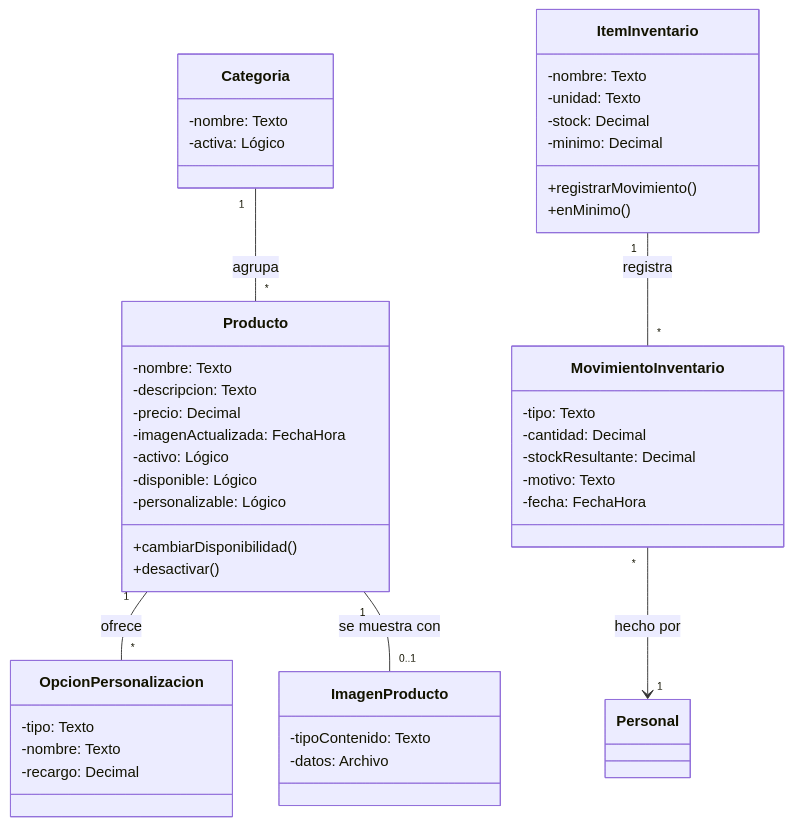
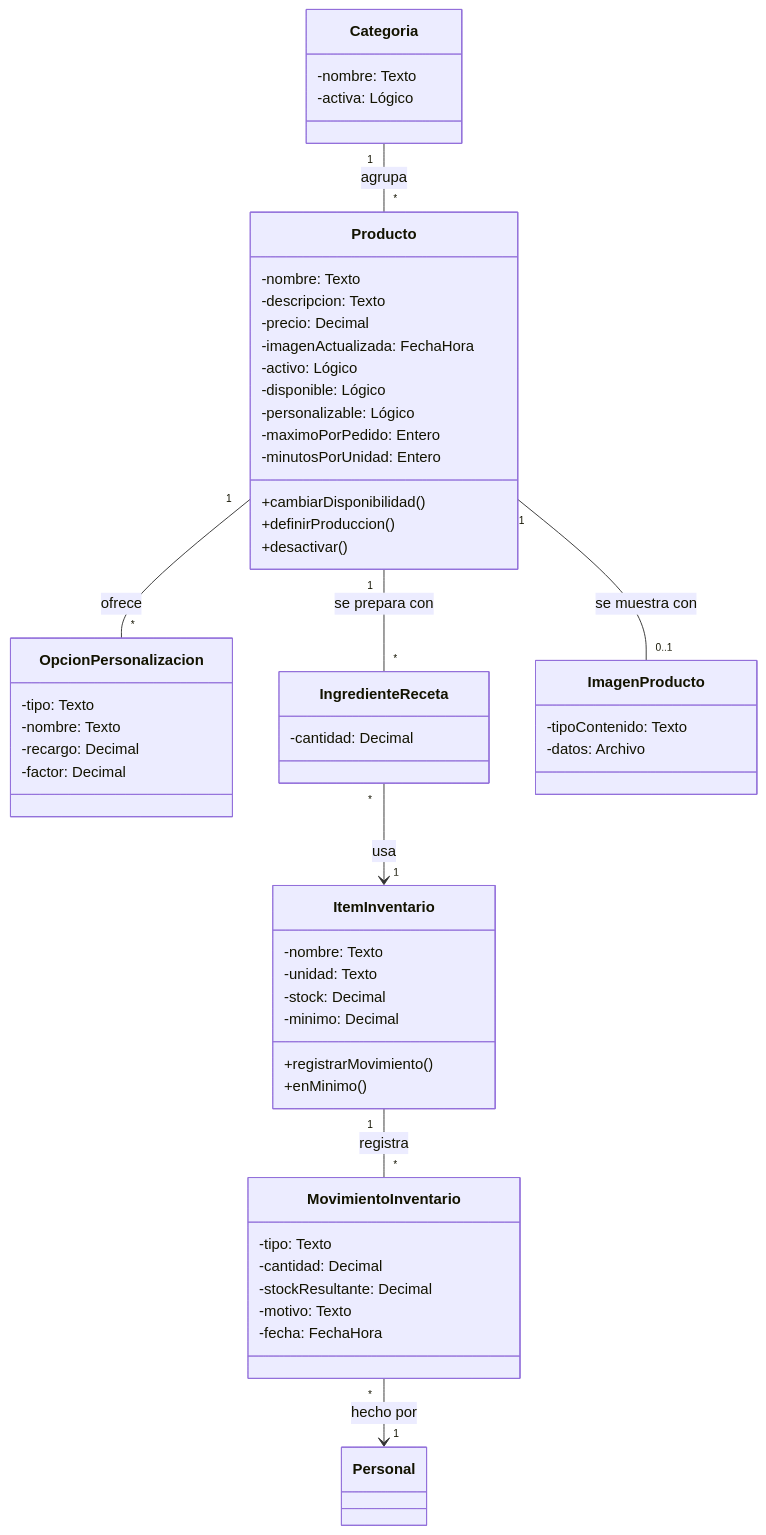
The fifth of 12 diagrams in docs/04-modelos-uml.md (Anton10-AR/DulcesAromas), drawn with Mermaid before and after one commit. The commit also changed other lines of this file and 37 other files, not shown here.

First line of the commit message:
Máximo de unidades por pedido y estimación de insumos y tiempo al verificar un pago (HU22, HU23, RN18, CU02, CU05, CU07, CU17, D12)

````diff
--- a/docs/04-modelos-uml.md
+++ b/docs/04-modelos-uml.md
@@ -204,48 +204,57 @@
 ```mermaid
 classDiagram
   class Categoria {
     -nombre: Texto
     -activa: Lógico
   }
   class Producto {
     -nombre: Texto
     -descripcion: Texto
     -precio: Decimal
     -imagenActualizada: FechaHora
     -activo: Lógico
     -disponible: Lógico
     -personalizable: Lógico
+    -maximoPorPedido: Entero
+    -minutosPorUnidad: Entero
     +cambiarDisponibilidad()
+    +definirProduccion()
     +desactivar()
   }
   class OpcionPersonalizacion {
     -tipo: Texto
     -nombre: Texto
     -recargo: Decimal
+    -factor: Decimal
+  }
+  class IngredienteReceta {
+    -cantidad: Decimal
   }
   class ImagenProducto {
     -tipoContenido: Texto
     -datos: Archivo
   }
   class ItemInventario {
     -nombre: Texto
     -unidad: Texto
     -stock: Decimal
     -minimo: Decimal
     +registrarMovimiento()
     +enMinimo()
   }
   class MovimientoInventario {
     -tipo: Texto
     -cantidad: Decimal
     -stockResultante: Decimal
     -motivo: Texto
     -fecha: FechaHora
   }
   class Personal
   Categoria "1" -- "*" Producto : agrupa
   Producto "1" -- "*" OpcionPersonalizacion : ofrece
   Producto "1" -- "0..1" ImagenProducto : se muestra con
   ItemInventario "1" -- "*" MovimientoInventario : registra
+  Producto "1" -- "*" IngredienteReceta : se prepara con
+  IngredienteReceta "*" --> "1" ItemInventario : usa
   MovimientoInventario "*" --> "1" Personal : hecho por
 ```
````
